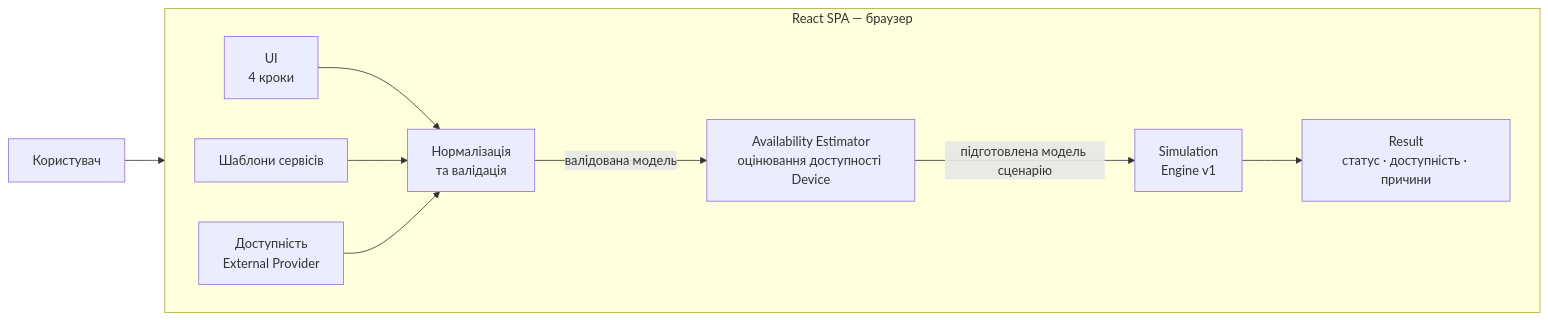
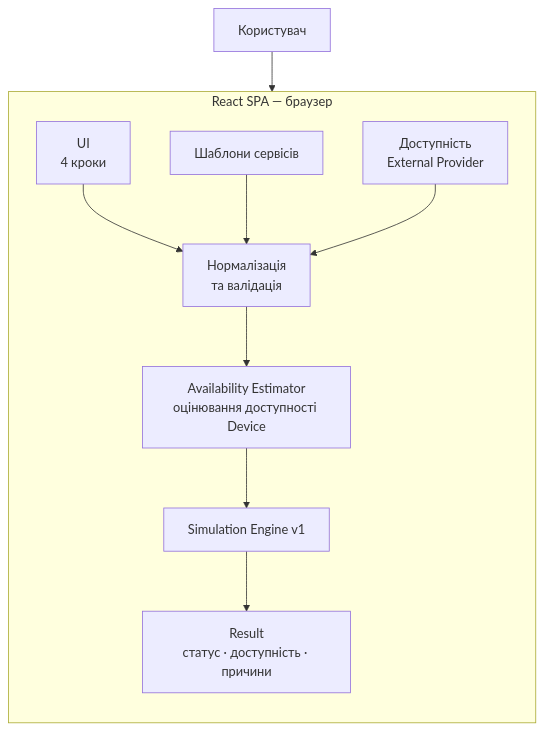
The diagram in docs/diagrams/mvp-architecture.md (Serhii-Palamarchuk/capstone-household-service-availability), drawn with Mermaid before and after one commit. The commit also changed other lines of this file, not shown here.

Commit message:
docs: make MVP architecture diagram more compact

````diff
--- a/docs/diagrams/mvp-architecture.md
+++ b/docs/diagrams/mvp-architecture.md
@@ -3,25 +3,26 @@
 ```mermaid
-flowchart LR
+flowchart TB
     U["Користувач"]
 
     subgraph SPA["React SPA — браузер"]
-        direction LR
+        direction TB
 
         UI["UI<br/>4 кроки"]
+        V["Нормалізація<br/>та валідація"]
+        AE["Availability Estimator<br/>оцінювання доступності Device"]
+        SE["Simulation Engine v1"]
+        R["Result<br/>статус · доступність · причини"]
+
         ST["Шаблони сервісів"]
         EP["Доступність<br/>External Provider"]
-        V["Нормалізація<br/>та валідація"]
-        AE["Availability Estimator<br/>оцінювання доступності Device"]
-        SE["Simulation<br/>Engine v1"]
-        R["Result<br/>статус · доступність · причини"]
 
         UI --> V
         ST --> V
         EP --> V
-        V -->|валідована модель| AE
-        AE -->|підготовлена модель сценарію| SE
+        V --> AE
+        AE --> SE
         SE --> R
     end
 
     U --> UI
 ```
````
